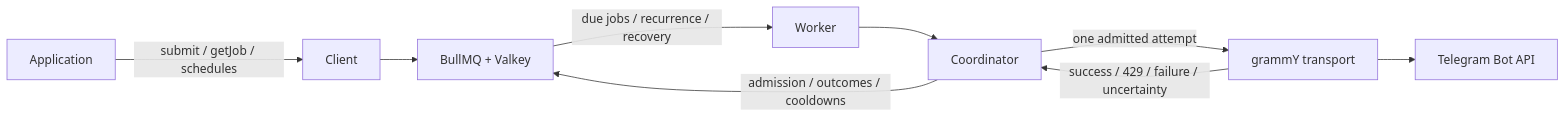
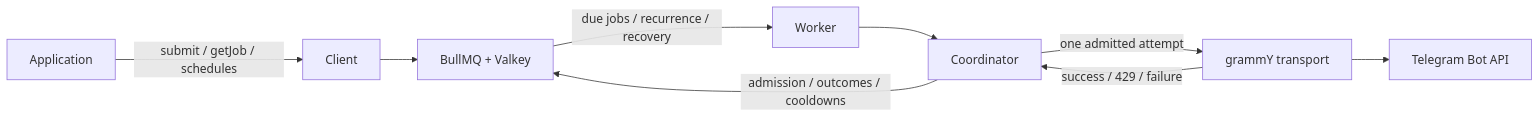
One commit to KnightNiwrem/tg-scheduler changed the diagram in docs/library-overview.md. Above: the diagram before and after it, drawn with Mermaid. The commit also changed other lines of this file and 20 other files, not shown here.

````diff
--- a/docs/library-overview.md
+++ b/docs/library-overview.md
@@ -22,11 +22,11 @@
 ```mermaid
 flowchart LR
   Application -->|submit / getJob / schedules| Client
   Client --> Backend["BullMQ + Valkey"]
   Backend -->|due jobs / recurrence / recovery| Worker
   Worker --> Coordinator
   Coordinator -->|admission / outcomes / cooldowns| Backend
   Coordinator -->|one admitted attempt| Transport[grammY transport]
   Transport --> Telegram[Telegram Bot API]
-  Transport -->|success / 429 / failure / uncertainty| Coordinator
+  Transport -->|success / 429 / failure| Coordinator
 ```
````
